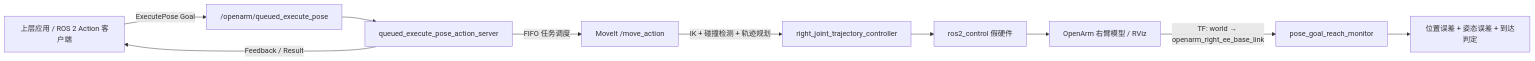
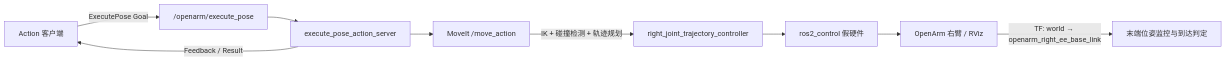
One commit to yeshezhi/openarm-ros2-pose-control changed the second of 3 diagrams in README.md. Above: the diagram before and after it, drawn with Mermaid. The commit also changed other lines of this file, not shown here.

Commit message:
docs: reorganize OpenArm control project README

````diff
--- a/README.md
+++ b/README.md
@@ -29,14 +104,11 @@
 ```mermaid
 flowchart LR
-    A["上层应用 / ROS 2 Action 客户端"] -->|"ExecutePose Goal"| B["/openarm/queued_execute_pose"]
-    B --> C["queued_execute_pose_action_server"]
-    C -->|"FIFO 任务调度"| D["MoveIt /move_action"]
+    A["Action 客户端"] -->|"ExecutePose Goal"| B["/openarm/execute_pose"]
+    B --> C["execute_pose_action_server"]
+    C --> D["MoveIt /move_action"]
     D -->|"IK + 碰撞检测 + 轨迹规划"| E["right_joint_trajectory_controller"]
     E --> F["ros2_control 假硬件"]
-    F --> G["OpenArm 右臂模型 / RViz"]
-
+    F --> G["OpenArm 右臂 / RViz"]
     C -->|"Feedback / Result"| A
-
-    G -->|"TF: world → openarm_right_ee_base_link"| H["pose_goal_reach_monitor"]
-    H --> I["位置误差 + 姿态误差 + 到达判定"]
+    G -->|"TF: world → openarm_right_ee_base_link"| H["末端位姿监控与到达判定"]
 ```
````
